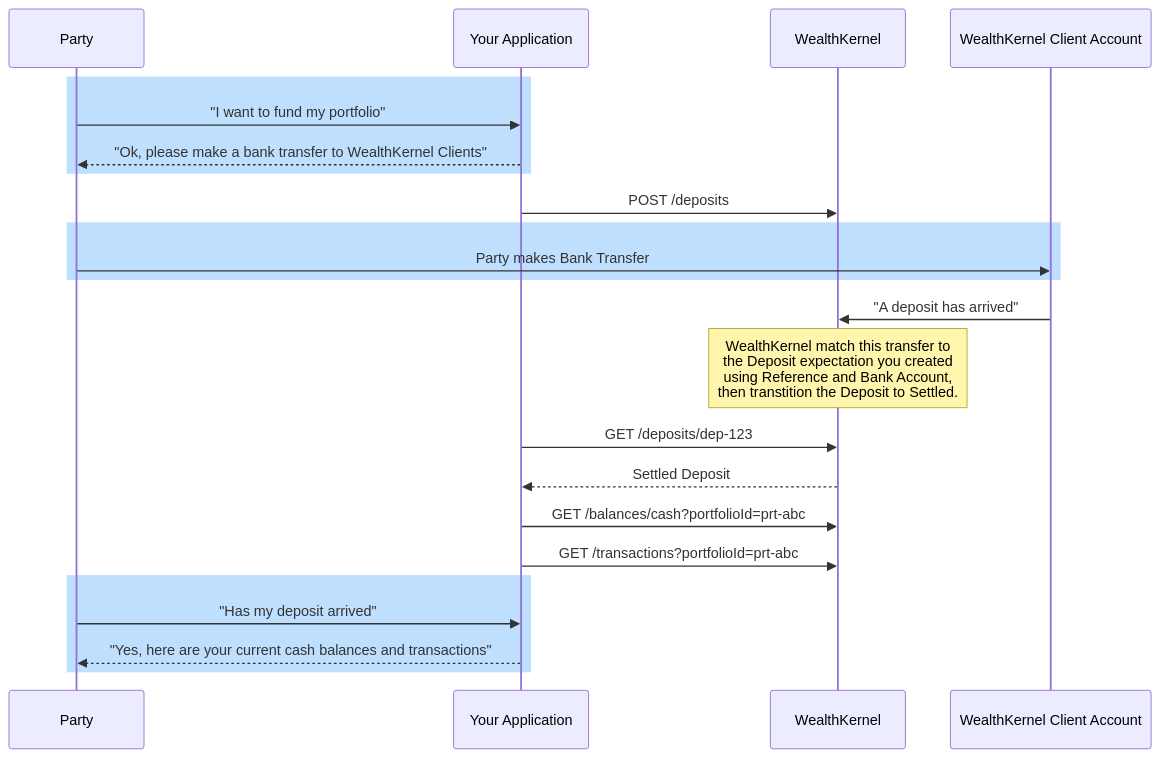
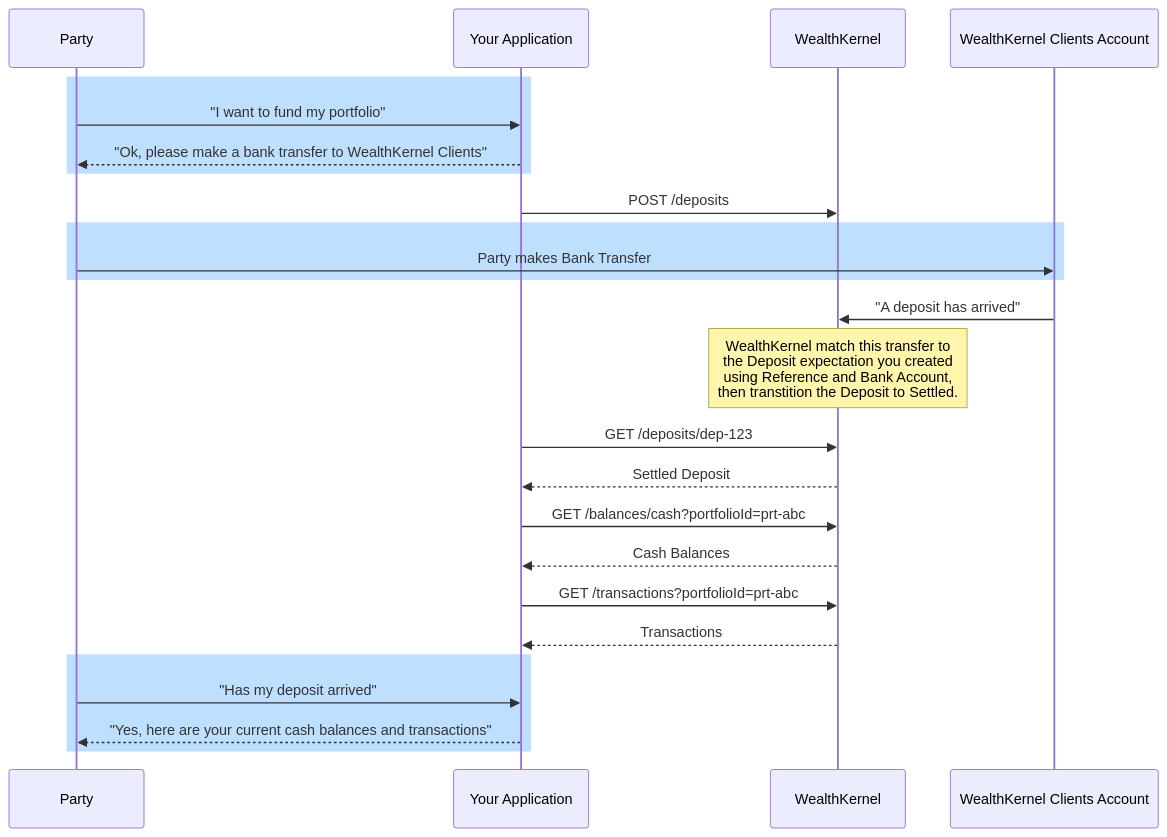
Before and after one commit to wealthkernel/api-documentation-guides: the diagram in docs/deposits/Basics.md, drawn with Mermaid. The commit also changed other lines of this file and 1 other file, not shown here.

Commit message:
add detailed deposit instructions

````diff
--- a/docs/deposits/Basics.md
+++ b/docs/deposits/Basics.md
@@ -11,27 +24,30 @@
 ```mermaid
 sequenceDiagram
 rect rgb(191, 223, 255)
 Party ->> Your Application: "I want to fund my portfolio"
 Your Application -->> Party: "Ok, please make a bank transfer to WealthKernel Clients"
 end
 
 Your Application ->> WealthKernel: POST /deposits
 
 rect rgb(191, 223, 255)
-Party ->> WealthKernel Client Account: Party makes Bank Transfer
+Party ->> WealthKernel Clients Account: Party makes Bank Transfer
 end
 
-WealthKernel Client Account ->> WealthKernel: "A deposit has arrived"
+WealthKernel Clients Account ->> WealthKernel: "A deposit has arrived"
 Note over WealthKernel: WealthKernel match this transfer to<br>the Deposit expectation you created<br>using Reference and Bank Account,<br> then transtition the Deposit to Settled.
 
 Your Application ->> WealthKernel: GET /deposits/dep-123
 WealthKernel -->> Your Application: Settled Deposit
 
 Your Application ->> WealthKernel: GET /balances/cash?portfolioId=prt-abc
+WealthKernel -->> Your Application: Cash Balances
+
 Your Application ->> WealthKernel: GET /transactions?portfolioId=prt-abc
+WealthKernel -->> Your Application: Transactions
 
 rect rgb(191, 223, 255)
 Party ->> Your Application: "Has my deposit arrived"
 Your Application -->> Party: "Yes, here are your current cash balances and transactions"
 end
 ```
````
